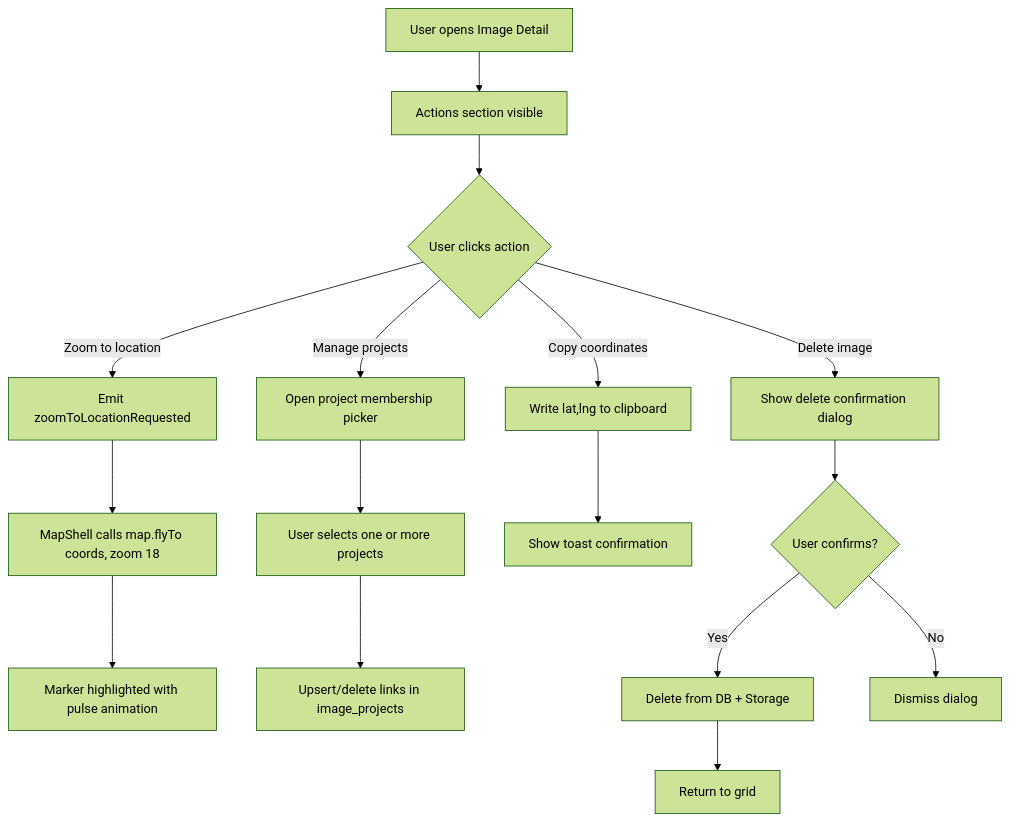
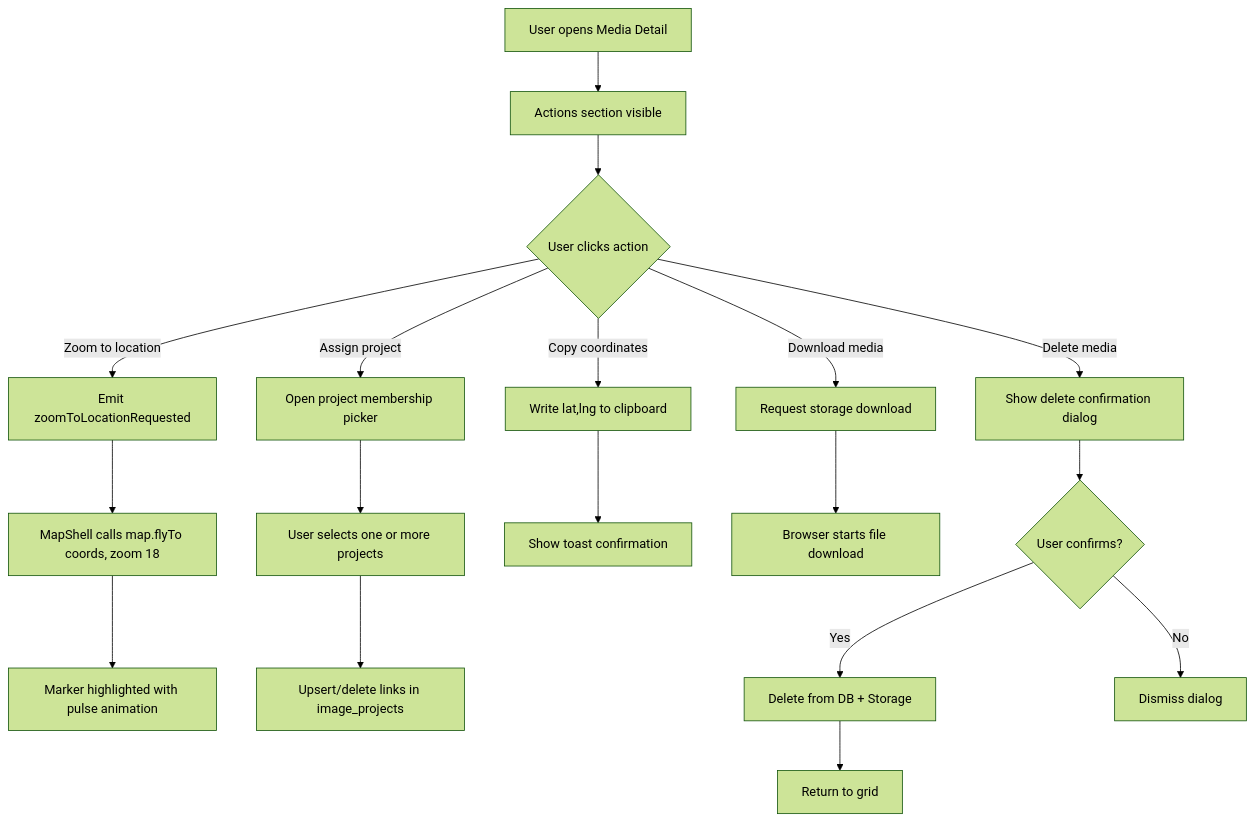
The diagram in docs/element-specs/media-detail-actions.md (matkleve/feldpost), drawn with Mermaid (forest theme) before and after one commit. The commit also changed other lines of this file and 32 other files, not shown here.

````diff
--- a/docs/element-specs/media-detail-actions.md
+++ b/docs/element-specs/media-detail-actions.md
@@ -80,22 +85,25 @@
 ```mermaid
 flowchart TD
-    A[User opens Image Detail] --> B[Actions section visible]
+    A[User opens Media Detail] --> B[Actions section visible]
     B --> C{User clicks action}
 
     C -->|Zoom to location| E[Emit zoomToLocationRequested]
     E --> E1[MapShell calls map.flyTo coords, zoom 18]
     E1 --> E2[Marker highlighted with pulse animation]
 
-    C -->|Manage projects| F[Open project membership picker]
+    C -->|Assign project| F[Open project membership picker]
     F --> F1[User selects one or more projects]
     F1 --> F2[Upsert/delete links in image_projects]
 
     C -->|Copy coordinates| G[Write lat,lng to clipboard]
     G --> G1[Show toast confirmation]
 
-    C -->|Delete image| H[Show delete confirmation dialog]
+    C -->|Download media| D1[Request storage download]
+    D1 --> D2[Browser starts file download]
+
+    C -->|Delete media| H[Show delete confirmation dialog]
     H --> H1{User confirms?}
     H1 -->|Yes| H2[Delete from DB + Storage]
     H2 --> H3[Return to grid]
     H1 -->|No| H4[Dismiss dialog]
 ```
````
